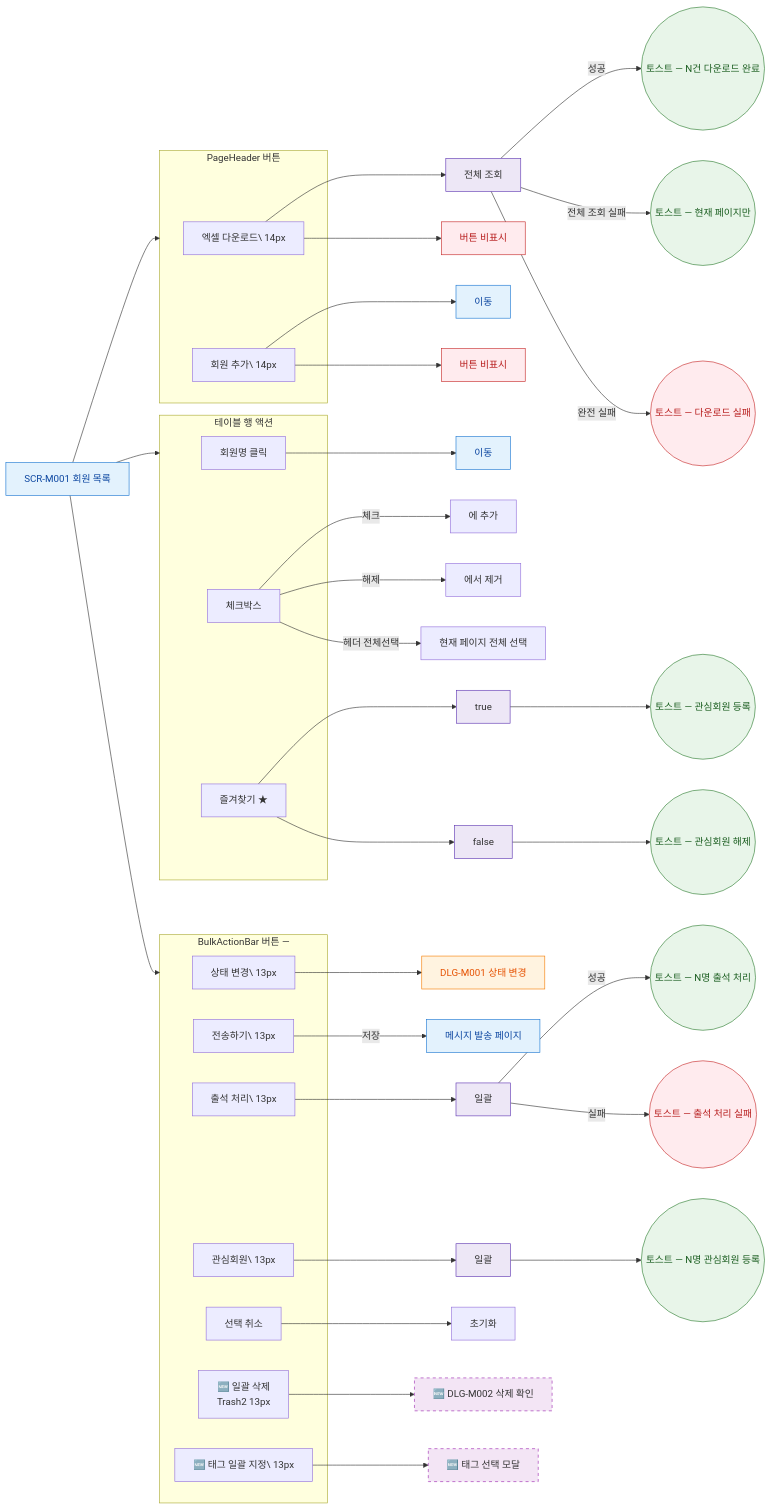
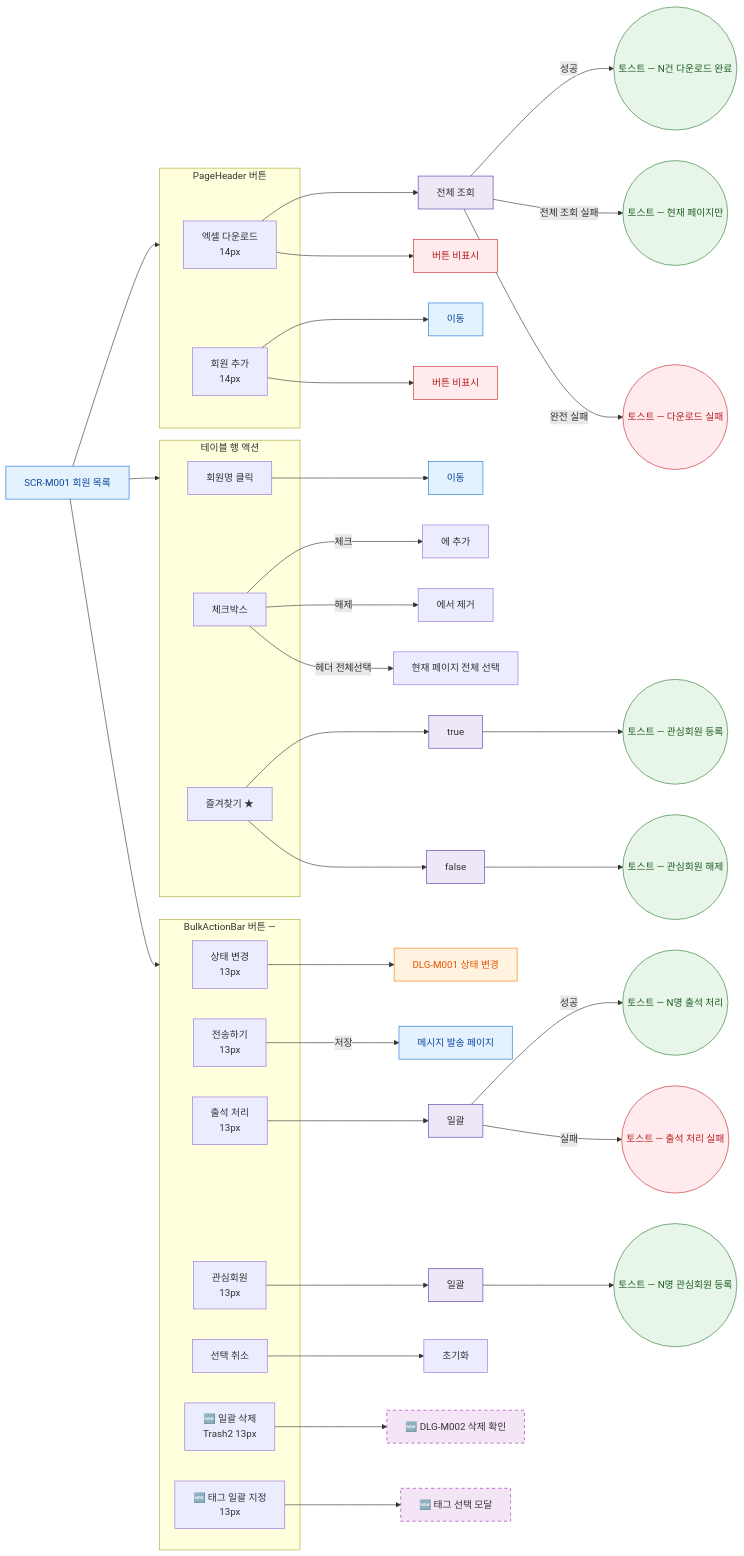
The diagram in docs/admin/다이어그램/D02_회원관리/SCR-M001_회원목록/F3_버튼액션.md (dev-spogym/admin-pando), drawn with Mermaid before and after one commit. The commit also changed 369 other files, not shown here.

````diff
--- a/docs/admin/다이어그램/D02_회원관리/SCR-M001_회원목록/F3_버튼액션.md
+++ b/docs/admin/다이어그램/D02_회원관리/SCR-M001_회원목록/F3_버튼액션.md
@@ -20,77 +20,77 @@
 ```mermaid
 flowchart LR
   SCR_M001[SCR-M001 회원 목록]
 
   subgraph HEADER_BTNS [PageHeader 버튼]
-    BTN_EXCEL[엑셀 다운로드\ 14px]
-    BTN_ADD[회원 추가\ 14px]
+    BTN_EXCEL[엑셀 다운로드<br/> 14px]
+    BTN_ADD[회원 추가<br/> 14px]
   end
 
   subgraph TABLE_BTNS [테이블 행 액션]
     BTN_ROW_CLICK[회원명 클릭]
     BTN_CHECKBOX[체크박스]
     BTN_STAR[즐겨찾기 ★]
   end
 
   subgraph BULK_BTNS [BulkActionBar 버튼 —]
-    BTN_STATUS[상태 변경\ 13px]
-    BTN_SEND[전송하기\ 13px]
-    BTN_ATT[출석 처리\ 13px]
-    BTN_FAV[관심회원\ 13px]
+    BTN_STATUS[상태 변경<br/> 13px]
+    BTN_SEND[전송하기<br/> 13px]
+    BTN_ATT[출석 처리<br/> 13px]
+    BTN_FAV[관심회원<br/> 13px]
     BTN_DESELECT[선택 취소]
     BTN_DEL_BULK[🆕 일괄 삭제\nTrash2 13px]
-    BTN_TAG[🆕 태그 일괄 지정\ 13px]
+    BTN_TAG[🆕 태그 일괄 지정<br/> 13px]
   end
 
   SCR_M001 --> HEADER_BTNS
   SCR_M001 --> TABLE_BTNS
   SCR_M001 --> BULK_BTNS
 
   BTN_EXCEL --> EXCEL_API[전체 조회]
   BTN_EXCEL --> EXCEL_BLOCKED[버튼 비표시]
   EXCEL_API -->|성공|TOAST_EXCEL_OK((토스트 — N건 다운로드 완료))
   EXCEL_API -->|전체 조회 실패|TOAST_EXCEL_PARTIAL((토스트 — 현재 페이지만))
   EXCEL_API -->|완전 실패|TOAST_EXCEL_ERR((토스트 — 다운로드 실패))
 
   BTN_ADD --> NAV_NEW[이동]
   BTN_ADD --> ADD_BLOCKED[버튼 비표시]
 
   BTN_ROW_CLICK --> NAV_DETAIL[이동]
   BTN_CHECKBOX -->|체크|SEL_ADD[에 추가]
   BTN_CHECKBOX -->|해제|SEL_REMOVE[에서 제거]
   BTN_CHECKBOX -->|헤더 전체선택|SEL_ALL[현재 페이지 전체 선택]
   BTN_STAR --> FAV_ON[true]
   BTN_STAR --> FAV_OFF[false]
   FAV_ON --> TOAST_FAV_ON((토스트 — 관심회원 등록))
   FAV_OFF --> TOAST_FAV_OFF((토스트 — 관심회원 해제))
 
   BTN_STATUS --> DLG_M001[DLG-M001 상태 변경]
   BTN_SEND -->|저장|MSG_PAGE[메시지 발송 페이지]
   BTN_ATT --> ATT_API[일괄]
   ATT_API -->|성공|TOAST_ATT_OK((토스트 — N명 출석 처리))
   ATT_API -->|실패|TOAST_ATT_ERR((토스트 — 출석 처리 실패))
   BTN_FAV --> FAV_BULK[일괄]
   FAV_BULK --> TOAST_FAV_BULK((토스트 — N명 관심회원 등록))
   BTN_DESELECT --> SEL_CLEAR[초기화]
   BTN_DEL_BULK --> DLG_M002[🆕 DLG-M002 삭제 확인]
   BTN_TAG --> TAG_MODAL[🆕 태그 선택 모달]
 
   classDef screen fill:#E3F2FD,stroke:#1976D2,color:#0D47A1
   classDef modal fill:#FFF3E0,stroke:#F57C00,color:#E65100
   classDef newFeature fill:#F3E5F5,stroke:#9C27B0,stroke-dasharray:5 5
   classDef error fill:#FFEBEE,stroke:#C62828,color:#B71C1C
   classDef success fill:#E8F5E9,stroke:#2E7D32,color:#1B5E20
   classDef warning fill:#FFF8E1,stroke:#F9A825,color:#F57F17
   classDef info fill:#E0F7FA,stroke:#00838F
   classDef system fill:#EDE7F6,stroke:#5E35B2
   classDef external fill:#ECEFF1,stroke:#455A64,stroke-dasharray:3 3
   classDef cron fill:#E0F2F1,stroke:#00695C
   classDef rbacBlocked fill:#F5F5F5,stroke:#9E9E9E,color:#616161
 
   class SCR_M001,NAV_NEW,NAV_DETAIL,MSG_PAGE screen
   class DLG_M001 modal
   class DLG_M002,TAG_MODAL newFeature
   class EXCEL_API,ATT_API,FAV_BULK,FAV_ON,FAV_OFF system
   class TOAST_EXCEL_ERR,TOAST_ATT_ERR,EXCEL_BLOCKED,ADD_BLOCKED error
   class TOAST_EXCEL_OK,TOAST_EXCEL_PARTIAL,TOAST_ATT_OK,TOAST_FAV_BULK,TOAST_FAV_ON,TOAST_FAV_OFF success
 ```
````
